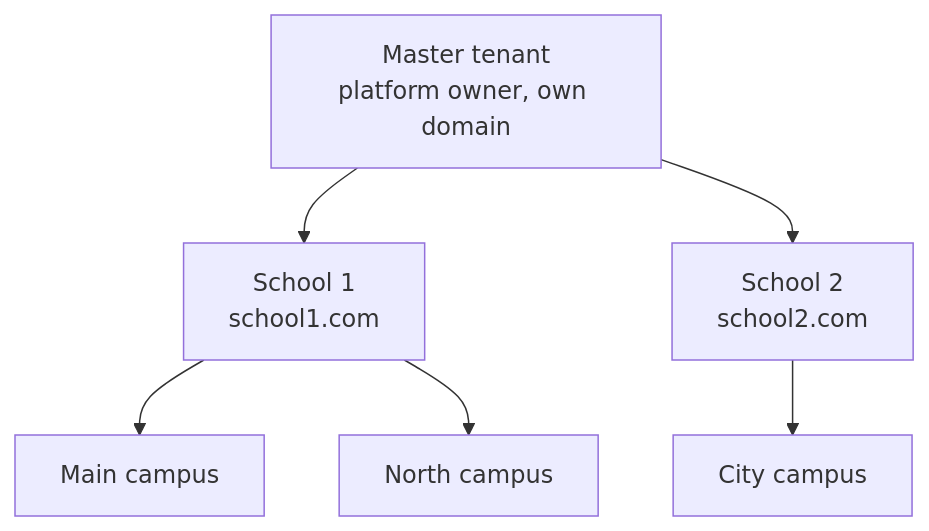
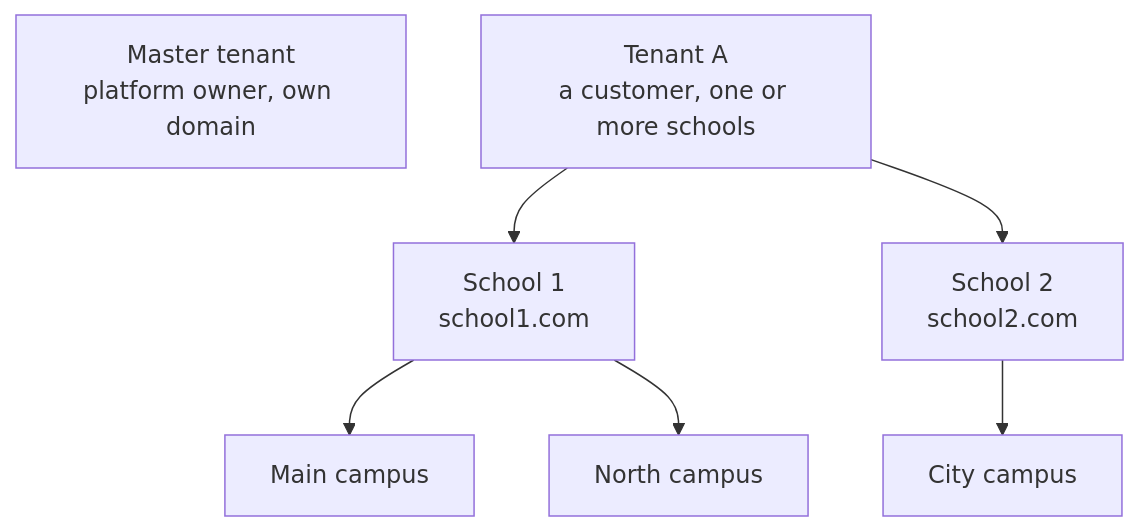
Before and after one commit to ahmedshahjr/Education-Portal: the fifth of 22 diagrams in README.md, drawn with Mermaid. The commit also changed other lines of this file and 45 other files, not shown here.

````diff
--- a/README.md
+++ b/README.md
@@ -406,14 +406,15 @@
 ```mermaid
 flowchart TB
     master["Master tenant<br/>platform owner, own domain"]
+    tenantA["Tenant A<br/>a customer, one or more schools"]
     school1["School 1<br/>school1.com"]
     school2["School 2<br/>school2.com"]
     campus1["Main campus"]
     campus2["North campus"]
     campus3["City campus"]
-    master --> school1
-    master --> school2
+    tenantA --> school1
+    tenantA --> school2
     school1 --> campus1
     school1 --> campus2
     school2 --> campus3
 ```
````
